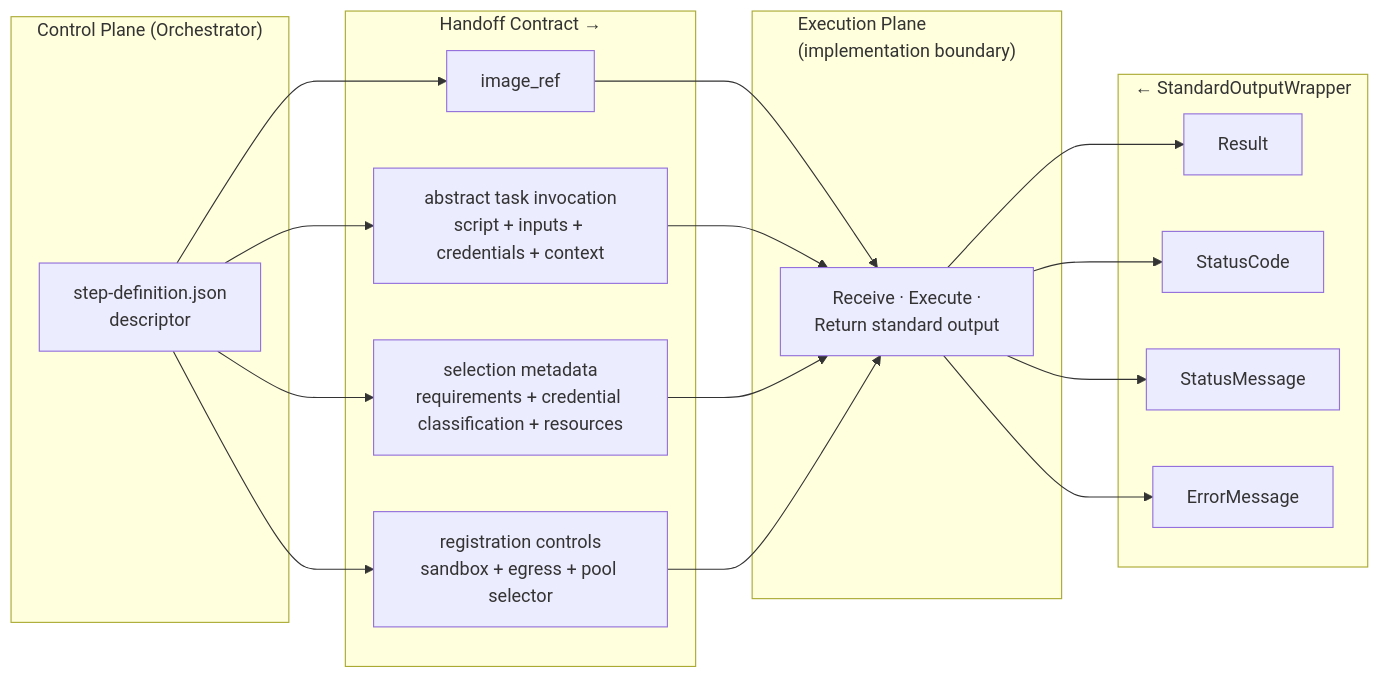
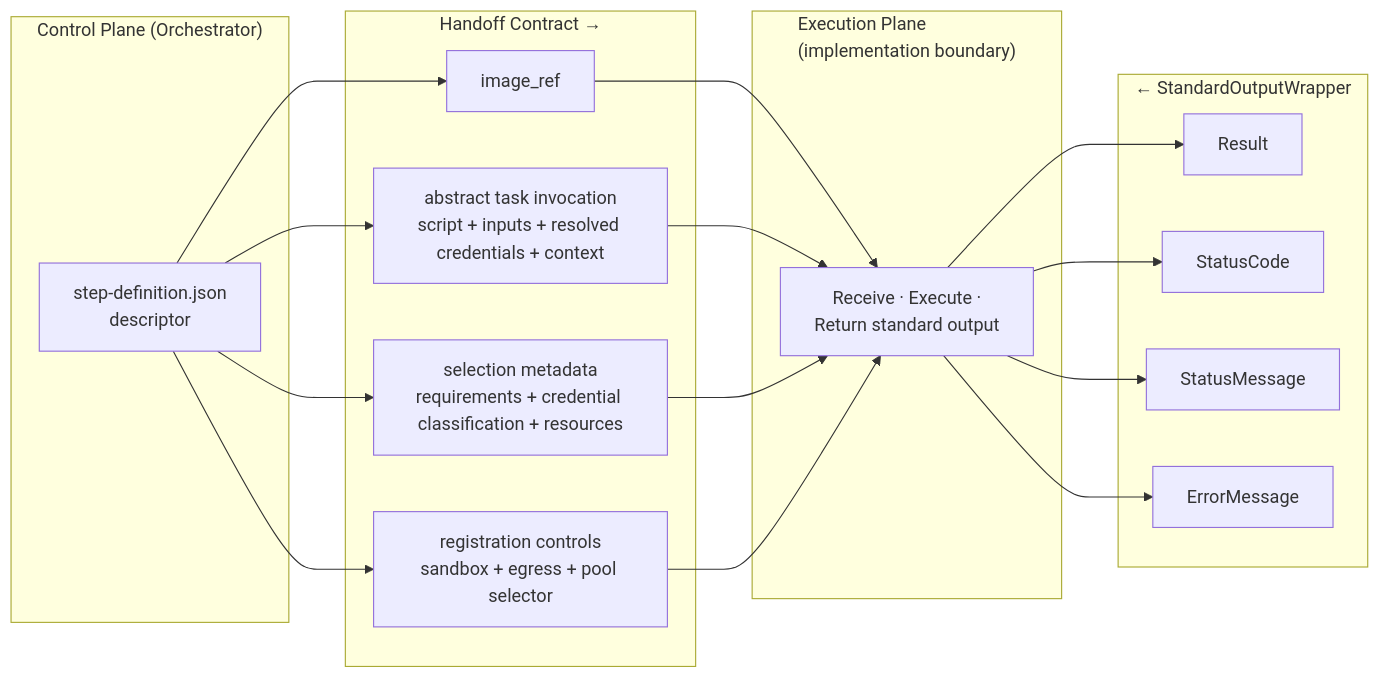
The fifth of 6 diagrams in docs/architecture.md (syntara-orchestration/syntara-node-sdk), drawn with Mermaid before and after one commit. The commit also changed other lines of this file and 27 other files, not shown here.

````diff
--- a/docs/architecture.md
+++ b/docs/architecture.md
@@ -412,33 +424,33 @@
 ```mermaid
 graph LR
     subgraph CONTROL["Control Plane (Orchestrator)"]
         DESC["step-definition.json<br/>descriptor"]
     end
 
     subgraph CONTRACT["Handoff Contract →"]
         C1["image_ref"]
-        C2["abstract task invocation<br/>script + inputs + credentials + context"]
-    C3["selection metadata<br/>requirements + credential classification + resources"]
+        C2["abstract task invocation<br/>script + inputs + resolved credentials + context"]
+        C3["selection metadata<br/>requirements + credential classification + resources"]
         C4["registration controls<br/>sandbox + egress + pool selector"]
     end
 
     subgraph PLANE["Execution Plane<br/>(implementation boundary)"]
         BB["Receive · Execute ·<br/>Return standard output"]
     end
 
     subgraph RETURN["← StandardOutputWrapper"]
         R1["Result"]
         R2["StatusCode"]
         R3["StatusMessage"]
         R4["ErrorMessage"]
     end
 
     DESC --> C1 --> BB
     DESC --> C2 --> BB
     DESC --> C3 --> BB
     DESC --> C4 --> BB
     BB --> R1
     BB --> R2
     BB --> R3
     BB --> R4
 ```
````
